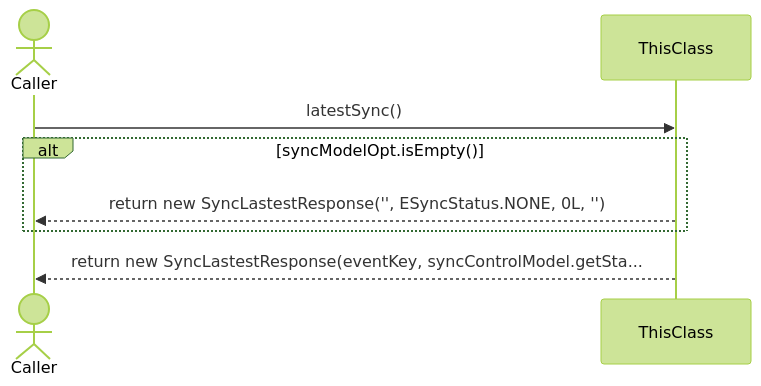
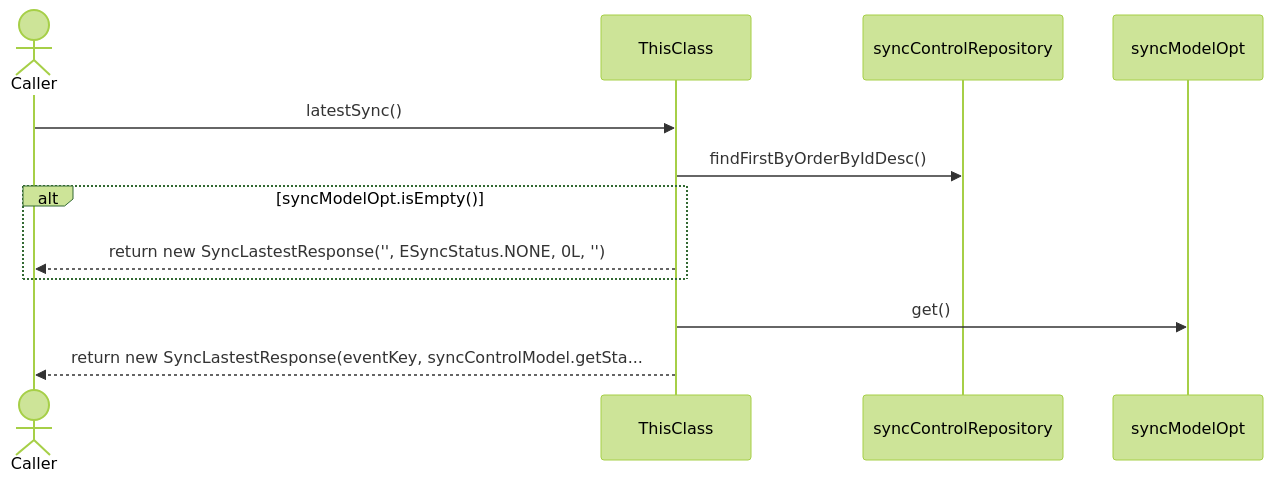
Before and after one commit to FelipeMCassiano/geanky: the fourth of 16 diagrams in docs/CloudSyncUploadService.md, drawn with Mermaid (forest theme). The commit also changed other lines of this file and 18 other files, not shown here.

````diff
--- a/docs/CloudSyncUploadService.md
+++ b/docs/CloudSyncUploadService.md
@@ -363,12 +318,16 @@
 ```mermaid
 sequenceDiagram
     actor Caller
     participant ThisClass
 
     Caller->>ThisClass: latestSync()
+    participant syncControlRepository
+    ThisClass->>syncControlRepository: findFirstByOrderByIdDesc()
     alt syncModelOpt.isEmpty()
     ThisClass-->>Caller: return new SyncLastestResponse('', ESyncStatus.NONE, 0L, '')
     end
+    participant syncModelOpt
+    ThisClass->>syncModelOpt: get()
     ThisClass-->>Caller: return new SyncLastestResponse(eventKey, syncControlModel.getSta...
 
 ```
````
